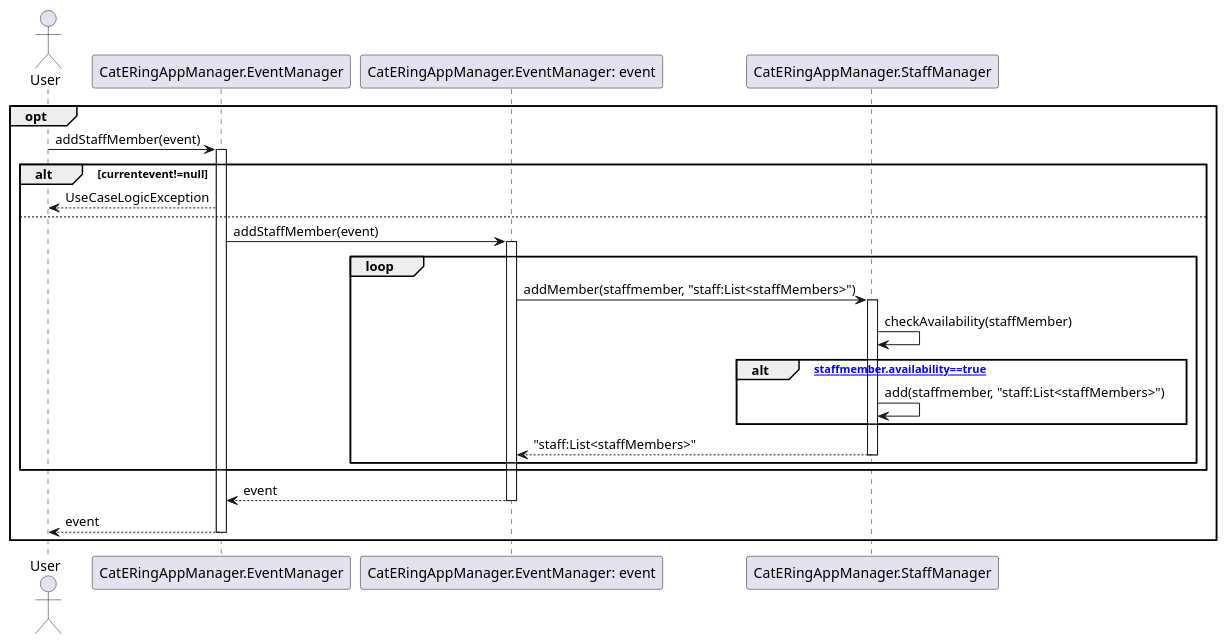
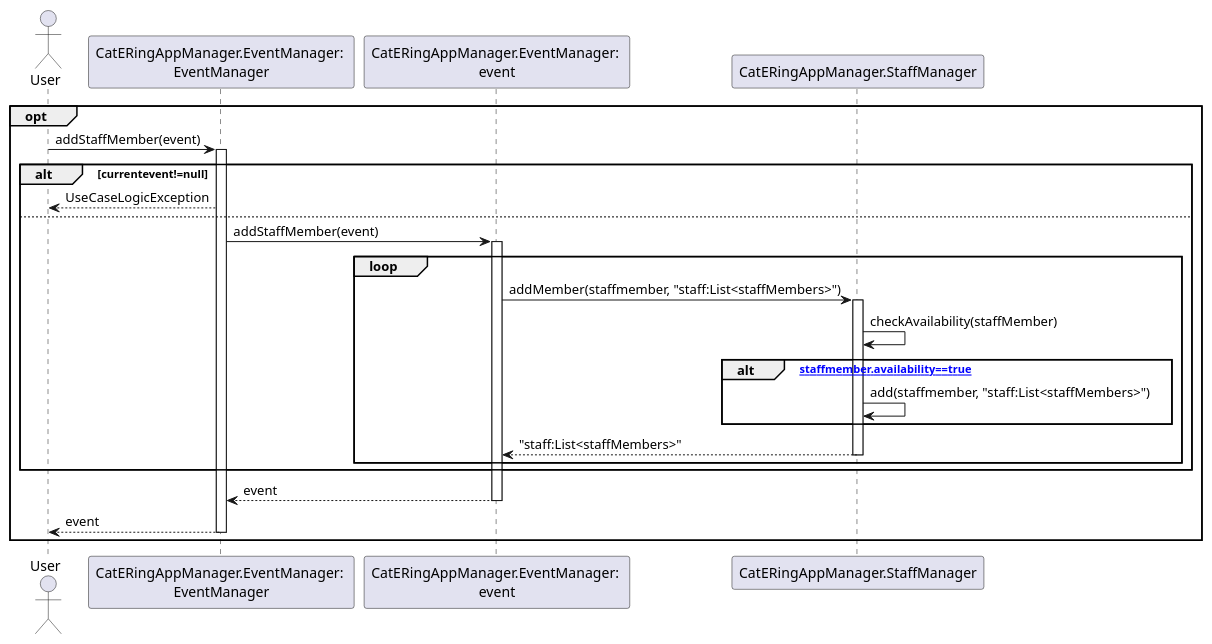
Before and after one commit to m0canu1/sas: the diagram in dsd/dsd-eventi/estensioniEcc/4a-addStaff.md, drawn with PlantUML. The commit also changed 11 other files, not shown here.

````diff
--- a/dsd/dsd-eventi/estensioniEcc/4a-addStaff.md
+++ b/dsd/dsd-eventi/estensioniEcc/4a-addStaff.md
@@ -1,40 +1,40 @@
 ```plantuml
 Actor User
-Participant "CatERingAppManager.EventManager"
-Participant "CatERingAppManager.EventManager: event"
-Participant "CatERingAppManager.StaffManager"
+Participant "CatERingAppManager.EventManager: \nEventManager" as EM
+Participant "CatERingAppManager.EventManager: \nevent" as E
+Participant "CatERingAppManager.StaffManager" as SM
 
 opt
-    User -> "CatERingAppManager.EventManager": addStaffMember(event)
-    Activate "CatERingAppManager.EventManager"
+    User -> EM: addStaffMember(event)
+    Activate EM
     
     alt currentevent!=null
-        "CatERingAppManager.EventManager" --> User: UseCaseLogicException
+        EM --> User: UseCaseLogicException
     else
-        "CatERingAppManager.EventManager" -> "CatERingAppManager.EventManager: event": addStaffMember(event)
-        Activate "CatERingAppManager.EventManager: event"
+        EM -> E: addStaffMember(event)
+        Activate E
         loop            
-            "CatERingAppManager.EventManager: event" -> "CatERingAppManager.StaffManager": addMember(staffmember, "staff:List<staffMembers>")
-             Activate "CatERingAppManager.StaffManager"
+            E -> SM: addMember(staffmember, "staff:List<staffMembers>")
+             Activate SM
 
-            "CatERingAppManager.StaffManager" -> "CatERingAppManager.StaffManager": checkAvailability(staffMember)
+            SM -> SM: checkAvailability(staffMember)
             alt ["staffmember.availability==true"]
-                 "CatERingAppManager.StaffManager" -> "CatERingAppManager.StaffManager": add(staffmember, "staff:List<staffMembers>")                
+                 SM -> SM: add(staffmember, "staff:List<staffMembers>")                
             end
-            "CatERingAppManager.StaffManager" --> "CatERingAppManager.EventManager: event": "staff:List<staffMembers>"
-            Deactivate "CatERingAppManager.StaffManager"
+            SM --> E: "staff:List<staffMembers>"
+            Deactivate SM
         end
 
 
     end
 
-    "CatERingAppManager.EventManager: event" --> "CatERingAppManager.EventManager": event
-    Deactivate "CatERingAppManager.EventManager: event"
-    "CatERingAppManager.EventManager" --> User: event
-    Deactivate "CatERingAppManager.EventManager"
+    E --> EM: event
+    Deactivate E
+    EM --> User: event
+    Deactivate EM
 end
 
 
 
 
 ```
````
